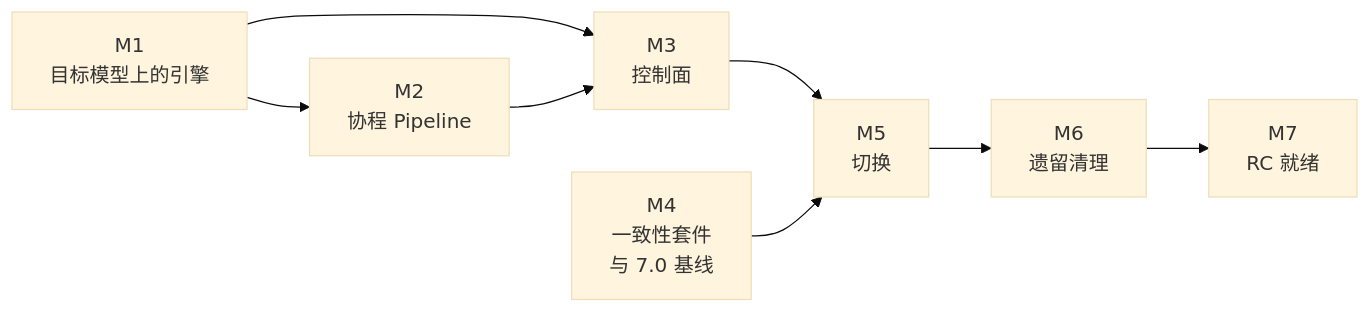
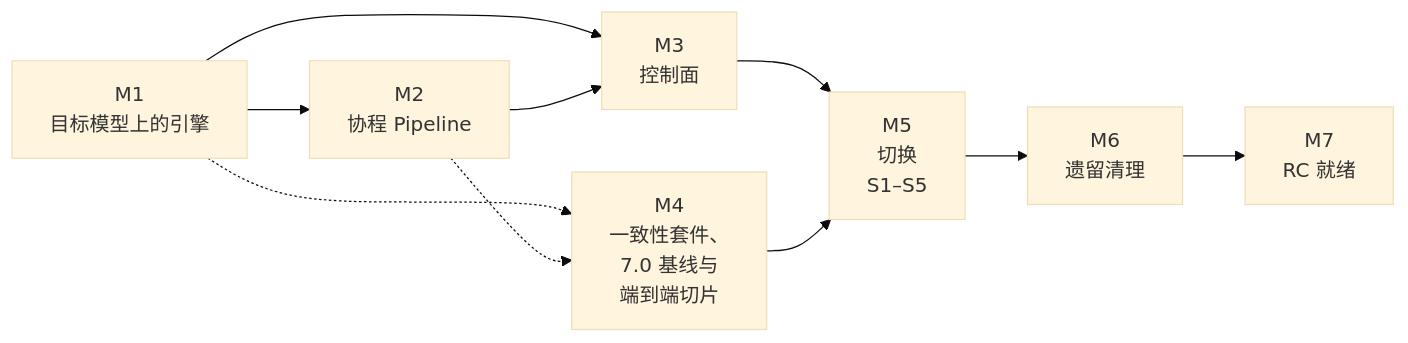
The diagram in wiki/zh/guide/roadmap.md (Ahoo-Wang/CoSec), drawn with Mermaid (base theme) before and after one commit. The commit also changed other lines of this file and 4 other files, not shown here.

````diff
--- a/wiki/zh/guide/roadmap.md
+++ b/wiki/zh/guide/roadmap.md
@@ -41,10 +42,12 @@
 ```mermaid
 flowchart LR
   M1["M1<br>目标模型上的引擎"] --> M2["M2<br>协程 Pipeline"]
   M1 --> M3["M3<br>控制面"]
   M2 --> M3
-  M3 --> M5["M5<br>切换"]
-  M4["M4<br>一致性套件<br>与 7.0 基线"] --> M5
+  M3 --> M5["M5<br>切换<br>S1–S5"]
+  M4["M4<br>一致性套件、<br>7.0 基线与<br>端到端切片"] --> M5
+  M1 -.-> M4
+  M2 -.-> M4
   M5 --> M6["M6<br>遗留清理"]
   M6 --> M7["M7<br>RC 就绪"]
 ```
````
